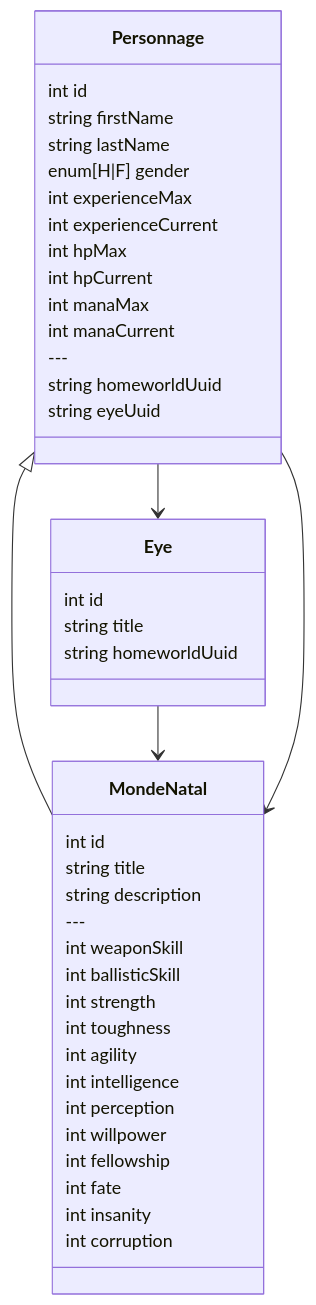
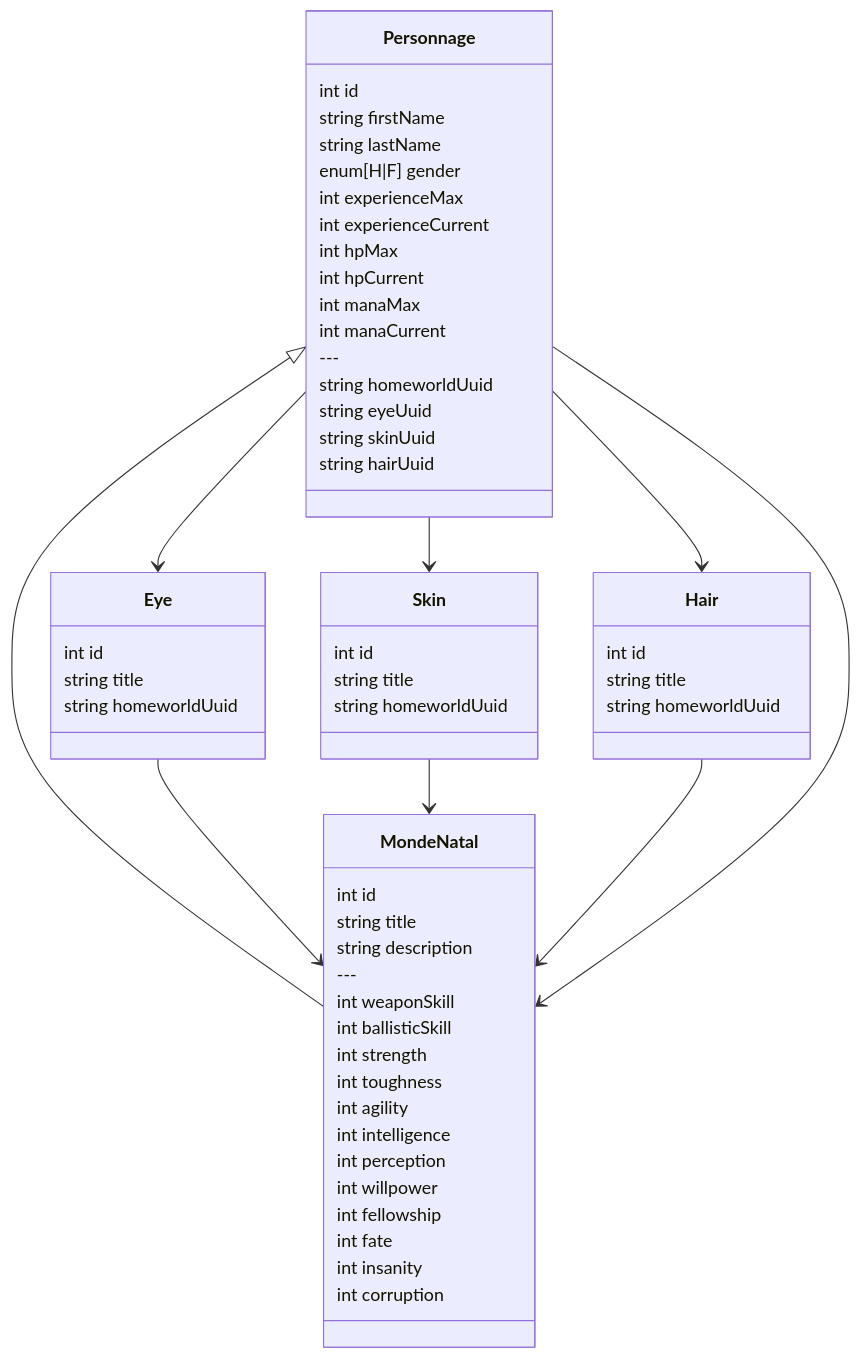
The diagram in architecture.md (angelshurikan/w40k), drawn with Mermaid before and after one commit. The commit also changed other lines of this file and 5 other files, not shown here.

Commit message:
✨ Ajout des types d'items 'Skin' et 'Hair' avec leurs feuilles d'item et mise à jour des références dans le système

````diff
--- a/architecture.md
+++ b/architecture.md
@@ -17,53 +23,75 @@
 ```mermaid
 classDiagram
+    class Skin {
+      int id
+      string title
+      string homeworldUuid
+    }
+
+    class Hair {
+      int id
+      string title
+      string homeworldUuid
+    }
+
     class Eye {
       int id
       string title
       string homeworldUuid
     }
 
     class Personnage {
       int id
       string firstName
       string lastName
       enum[H|F] gender
       int experienceMax
       int experienceCurrent
       int hpMax
       int hpCurrent
       int manaMax
       int manaCurrent
       ---
       string homeworldUuid
       string eyeUuid
+      string skinUuid
+      string hairUuid
     }
 
     class MondeNatal {
       int id
       string title
       string description
       ---
       int weaponSkill
       int ballisticSkill
       int strength
       int toughness
       int agility
       int intelligence
       int perception
       int willpower
       int fellowship
       int fate
       int insanity
       int corruption
     }
 
     %% MondeNatal définit les valeurs de base (copiées) des caractéristiques du Personnage
     Personnage <|-- MondeNatal
 
     %% Eye référence un MondeNatal
     Eye --> MondeNatal
 
+    %% Skin référence un MondeNatal
+    Skin --> MondeNatal
+
+    %% Hair référence un MondeNatal
+    Hair --> MondeNatal
+
     %% Personnage référence un MondeNatal et un Eye (filtré par Eye.homeworldUuid)
     Personnage --> MondeNatal
     Personnage --> Eye
+    Personnage --> Skin
+    Personnage --> Hair
 ```
````
